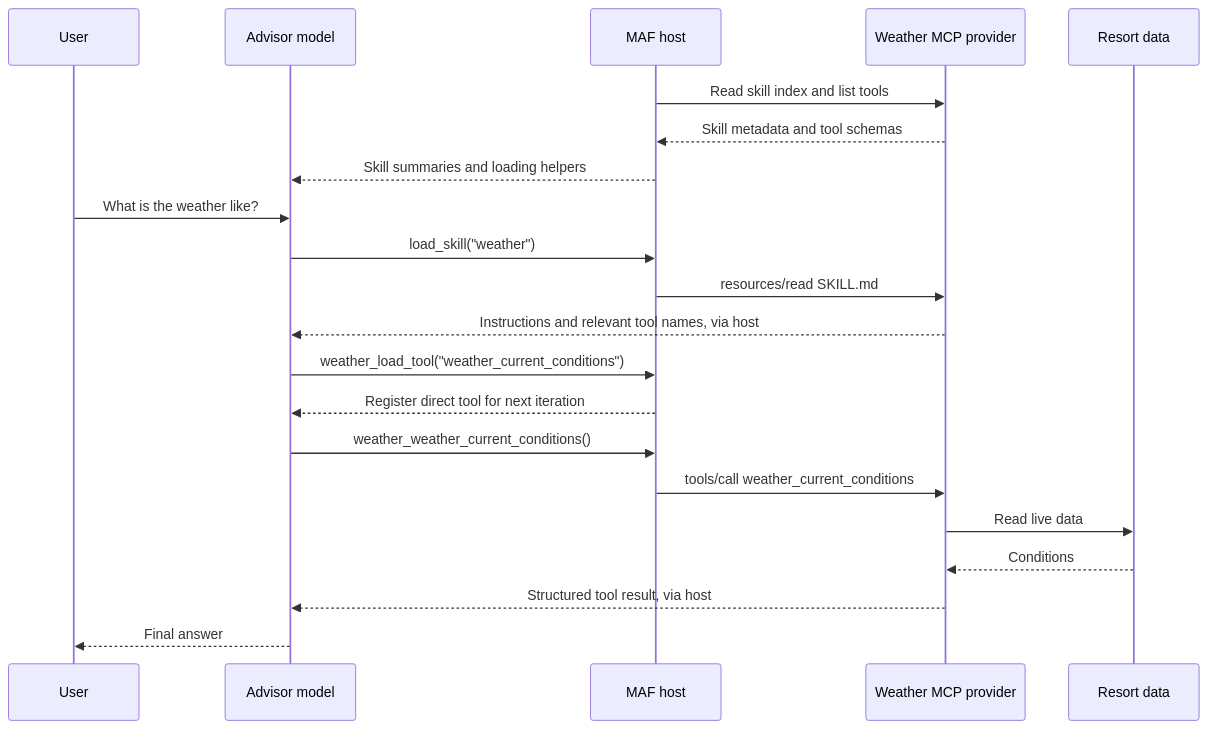
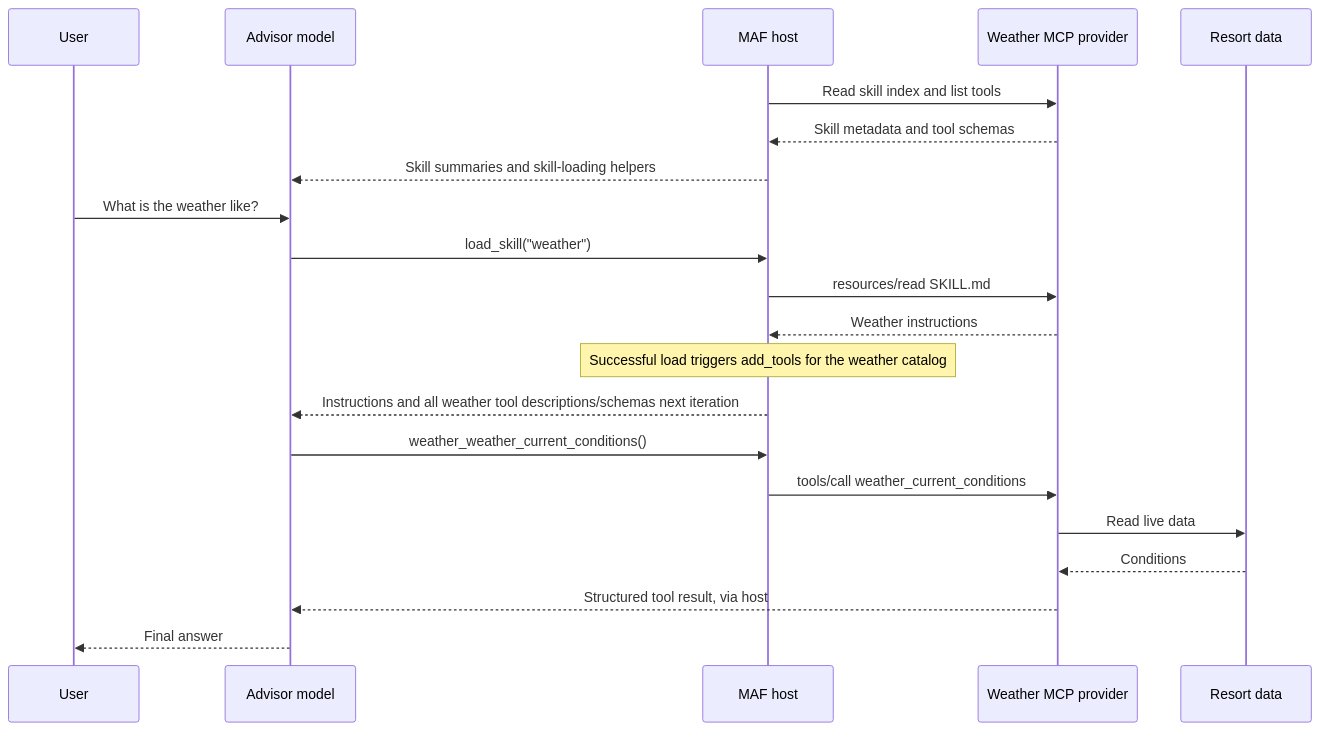
The second of 2 diagrams in BLOG_DISTRIBUTED_AGENT_SKILLS.md (tommasodotNET/ski-resort-demo), drawn with Mermaid before and after one commit. The commit also changed other lines of this file and 4 other files, not shown here.

First line of the commit message:
docs: describe skill-scoped loading with fresh paired measurements

````diff
--- a/BLOG_DISTRIBUTED_AGENT_SKILLS.md
+++ b/BLOG_DISTRIBUTED_AGENT_SKILLS.md
@@ -54,23 +54,23 @@
 ```mermaid
 sequenceDiagram
     participant U as User
     participant O as Advisor model
     participant H as MAF host
     participant P as Weather MCP provider
     participant D as Resort data
     H->>P: Read skill index and list tools
     P-->>H: Skill metadata and tool schemas
-    H-->>O: Skill summaries and loading helpers
+    H-->>O: Skill summaries and skill-loading helpers
     U->>O: What is the weather like?
     O->>H: load_skill("weather")
     H->>P: resources/read SKILL.md
-    P-->>O: Instructions and relevant tool names, via host
-    O->>H: weather_load_tool("weather_current_conditions")
-    H-->>O: Register direct tool for next iteration
+    P-->>H: Weather instructions
+    Note over H: Successful load triggers add_tools for the weather catalog
+    H-->>O: Instructions and all weather tool descriptions/schemas next iteration
     O->>H: weather_weather_current_conditions()
     H->>P: tools/call weather_current_conditions
     P->>D: Read live data
     D-->>P: Conditions
     P-->>O: Structured tool result, via host
     O-->>U: Final answer
 ```
````
